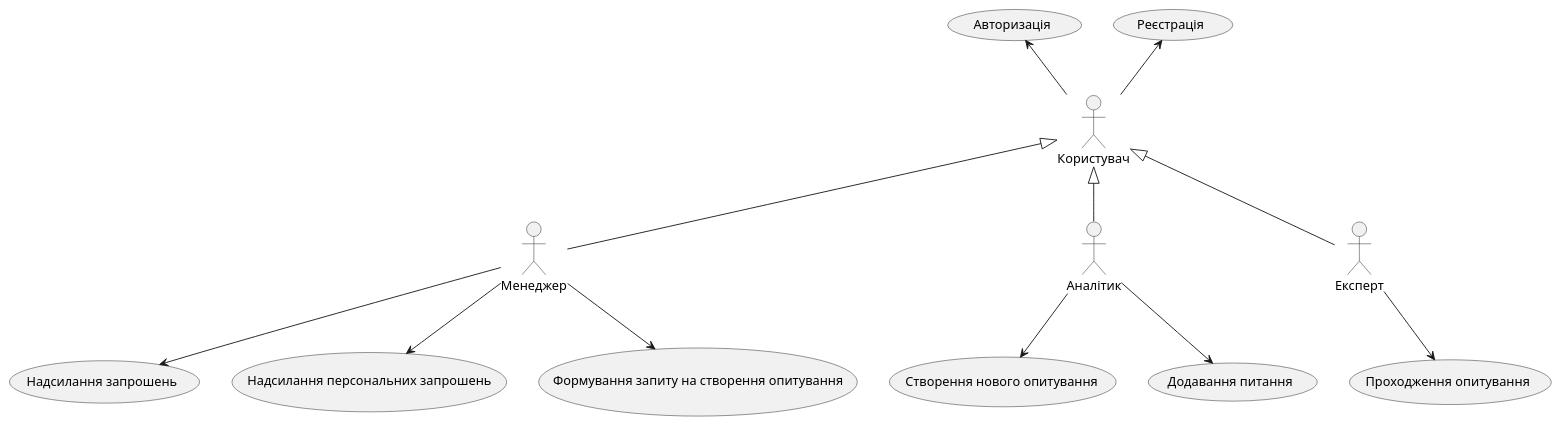
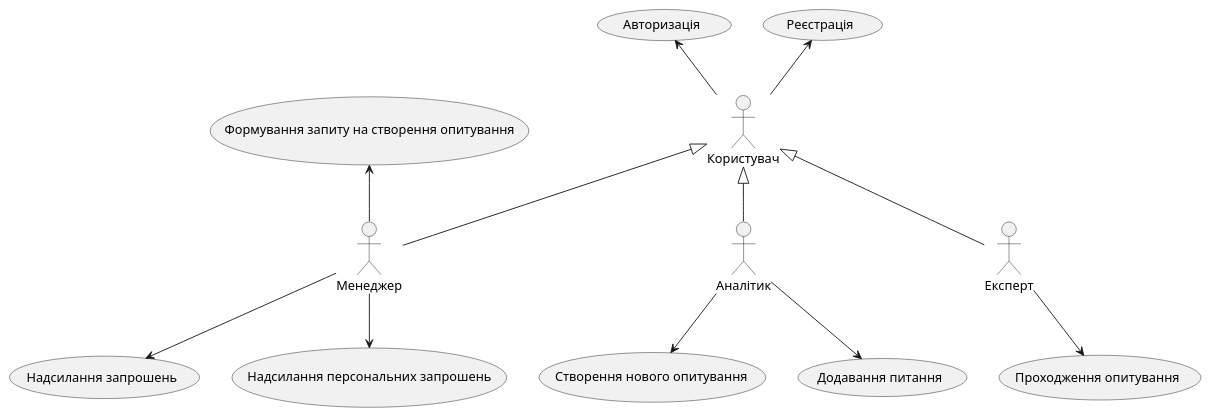
The diagram in src/uml/use-cases/general-diagram-of-use-cases.puml (anrysliusar/SurvExp), drawn with PlantUML before and after one commit.

```diff
--- a/src/uml/use-cases/general-diagram-of-use-cases.puml
+++ b/src/uml/use-cases/general-diagram-of-use-cases.puml
@@ -1,34 +1,34 @@
 @startuml
 
     actor "Користувач" as User
 
     actor "Менеджер" as Manager
     actor "Аналітик" as Analyst
     actor "Експерт" as Expert
     
     User <|-- Manager
     User <|-- Analyst
     User <|-- Expert
 
     usecase "Реєстрація" as SE_11
     usecase "Створення нового опитування" as SE_12
     usecase "Надсилання запрошень" as SE_13
     usecase "Надсилання персональних запрошень" as SE_14
     usecase "Додавання питання" as SE_15
     usecase "Проходження опитування" as SE_16
     usecase "Авторизація" as SE_17
     usecase "Формування запиту на створення опитування" as SE_18
     
     User -u-> SE_11
     User -u-> SE_17
     
     Manager --> SE_13
     Manager --> SE_14
-    Manager --> SE_18
+    Manager -u-> SE_18
 
     Analyst --> SE_12
     Analyst --> SE_15
 
     Expert --> SE_16
 
 @enduml
```
